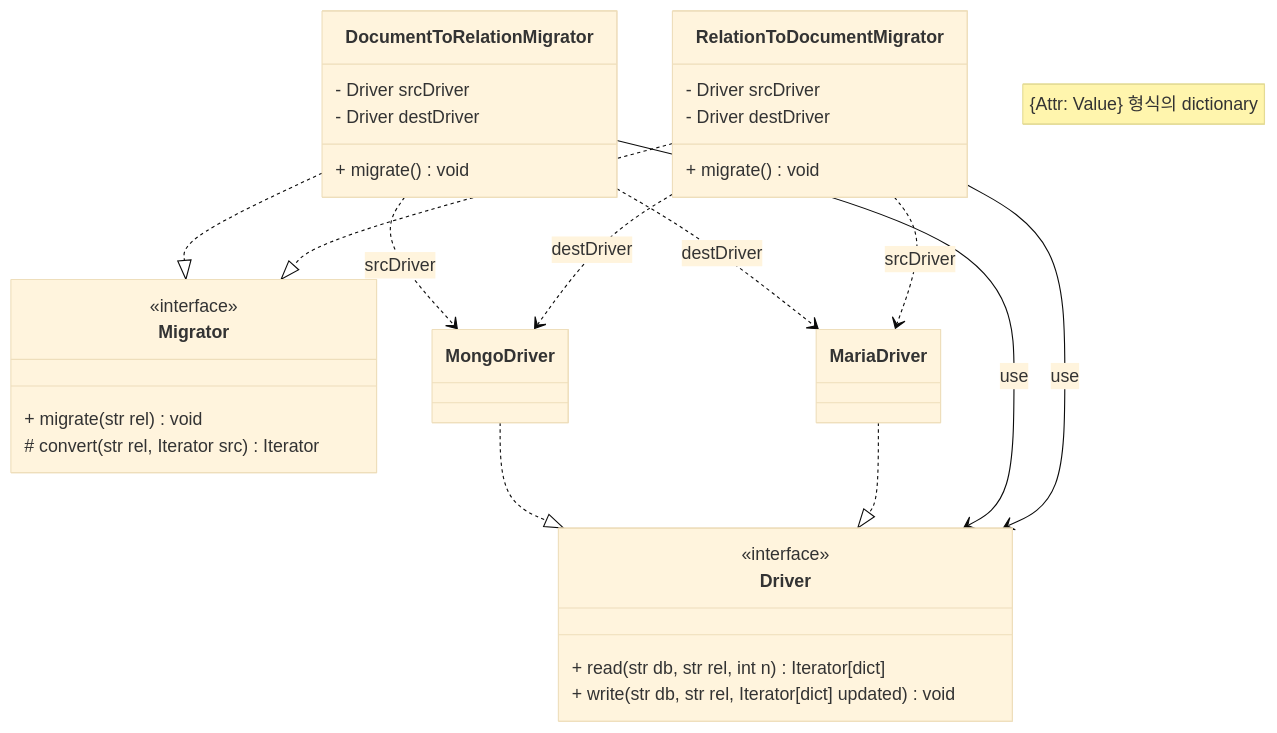
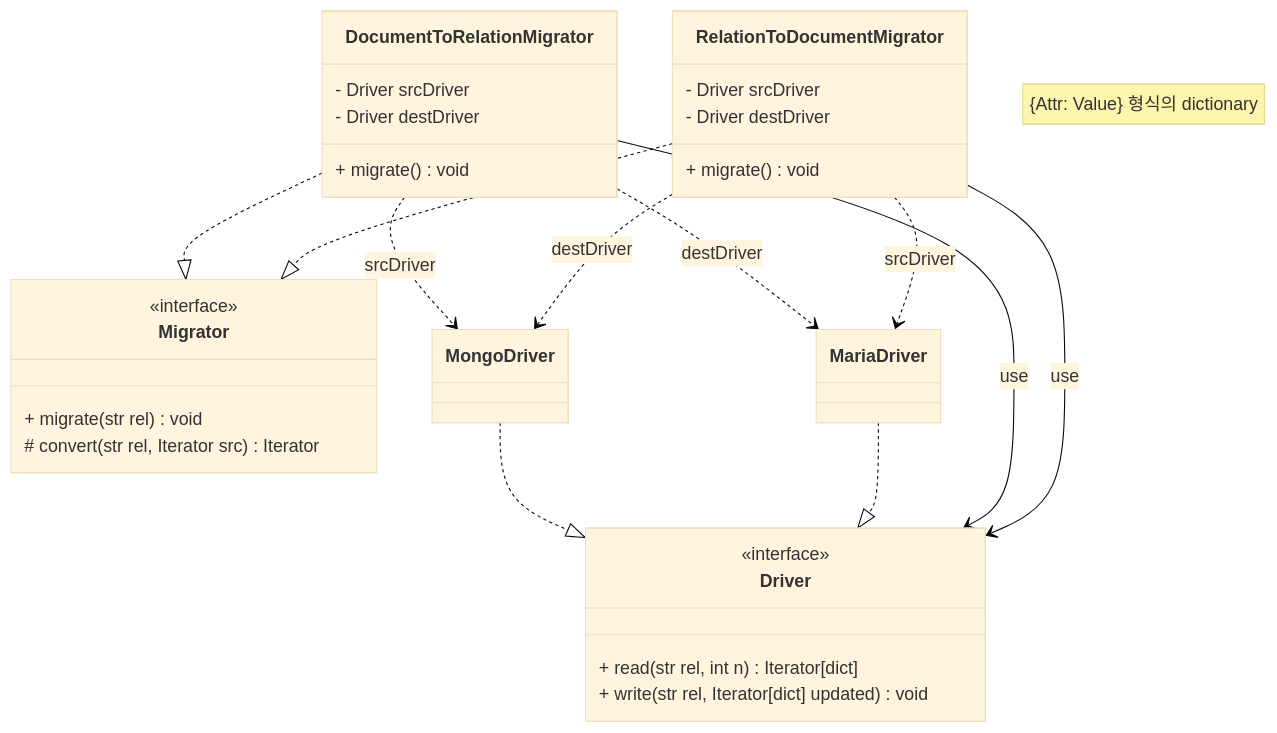
The first of 2 diagrams in docs/design.md (KU-Capstone-Design/pyoniverse-data-migrator), drawn with Mermaid (base theme) before and after one commit. The commit also changed 7 other files, not shown here.

````diff
--- a/docs/design.md
+++ b/docs/design.md
@@ -3,34 +3,34 @@
 ```mermaid
 classDiagram
     note "{Attr: Value} 형식의 dictionary"
     class Driver {
         <<interface>>
-        + read(str db, str rel, int n) Iterator[dict]
-        + write(str db, str rel, Iterator[dict] updated) void
+        + read(str rel, int n) Iterator[dict]
+        + write(str rel, Iterator[dict] updated) void
     }
     class Migrator {
         <<interface>>
         + migrate(str rel) void
         # convert(str rel, Iterator src) Iterator
     }
     class DocumentToRelationMigrator {
         - Driver srcDriver
         - Driver destDriver
         + migrate() void
     }
     class RelationToDocumentMigrator {
         - Driver srcDriver
         - Driver destDriver
         + migrate() void
     }
     MongoDriver ..|> Driver
     MariaDriver ..|> Driver
     DocumentToRelationMigrator ..|> Migrator
     RelationToDocumentMigrator ..|> Migrator
     DocumentToRelationMigrator --> Driver: use
     RelationToDocumentMigrator --> Driver: use
     DocumentToRelationMigrator ..> MongoDriver: srcDriver
     DocumentToRelationMigrator ..> MariaDriver: destDriver
     RelationToDocumentMigrator ..> MariaDriver: srcDriver
     RelationToDocumentMigrator ..> MongoDriver: destDriver
 ```
````
